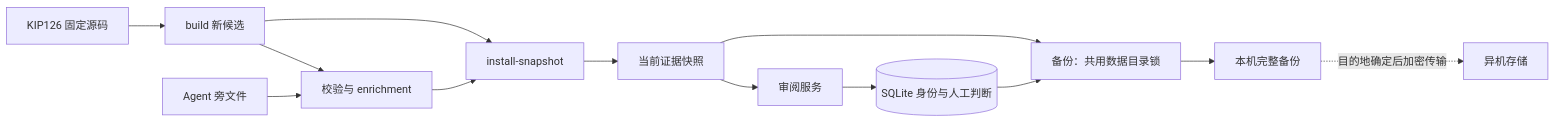
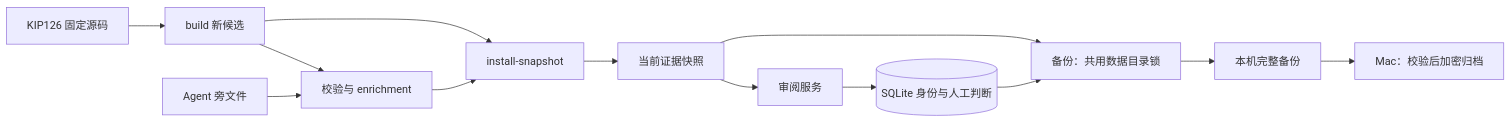
One commit to SII-MATH/Formaliscope changed the diagram in review_app/STORAGE.md. Above: the diagram before and after it, drawn with Mermaid. The commit also changed other lines of this file and 9 other files, not shown here.

````diff
--- a/review_app/STORAGE.md
+++ b/review_app/STORAGE.md
@@ -14,15 +14,15 @@
 ```mermaid
 flowchart LR
   S[KIP126 固定源码] --> B[build 新候选]
   A[Agent 旁文件] --> E[校验与 enrichment]
   B --> E
   B --> I[install-snapshot]
   E --> I
   I --> C[当前证据快照]
   C --> V[审阅服务]
   V --> D[(SQLite 身份与人工判断)]
   C --> K[备份：共用数据目录锁]
   D --> K
   K --> L[本机完整备份]
-  L -. 目的地确定后加密传输 .-> O[异机存储]
+  L --> O[Mac：校验后加密归档]
 ```
````
